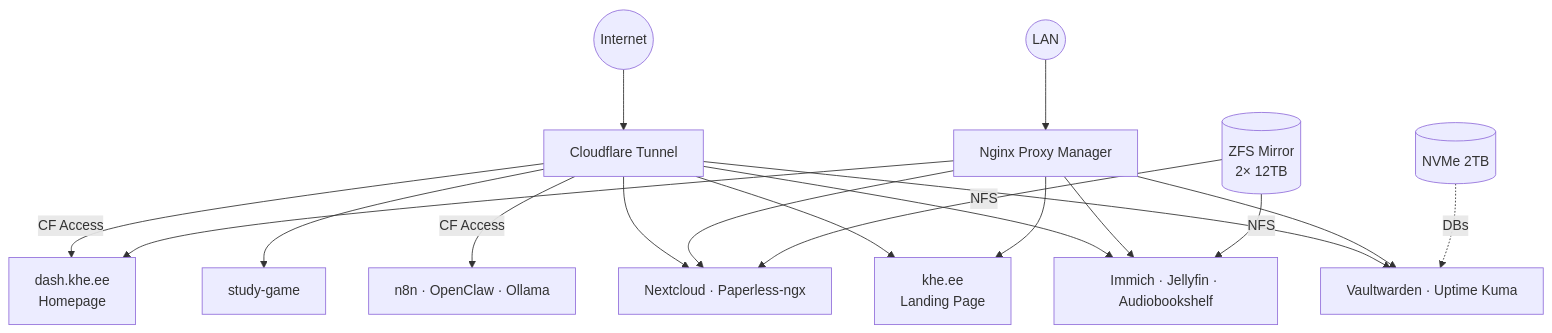
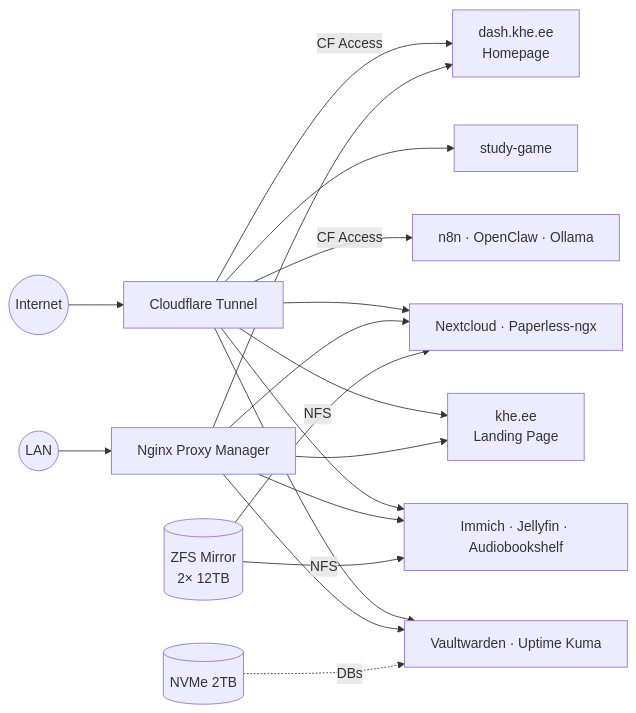
One commit to khelias/khe-homelab changed the diagram in README.md. Above: the diagram before and after it, drawn with Mermaid.

Commit message:
README: revert diagram to left-right layout (LR reads better)

````diff
--- a/README.md
+++ b/README.md
@@ -7,18 +7,18 @@
 ```mermaid
-graph TD
+graph LR
     Internet((Internet)) --> CF[Cloudflare Tunnel]
     LAN((LAN)) --> NPM[Nginx Proxy Manager]
 
     CF & NPM --> Landing[khe.ee\nLanding Page]
     CF & NPM --> Core[Vaultwarden · Uptime Kuma]
     CF & NPM --> Media[Immich · Jellyfin · Audiobookshelf]
     CF & NPM --> Prod[Nextcloud · Paperless-ngx]
     CF -->|CF Access| Dashboard[dash.khe.ee\nHomepage]
     NPM --> Dashboard
     CF -->|CF Access| AI[n8n · OpenClaw · Ollama]
     CF --> Apps[study-game]
 
     HDD[(ZFS Mirror\n2× 12TB)] -->|NFS| Media
     HDD -->|NFS| Prod
     NVMe[(NVMe 2TB)] -.->|DBs| Core
 ```
````
